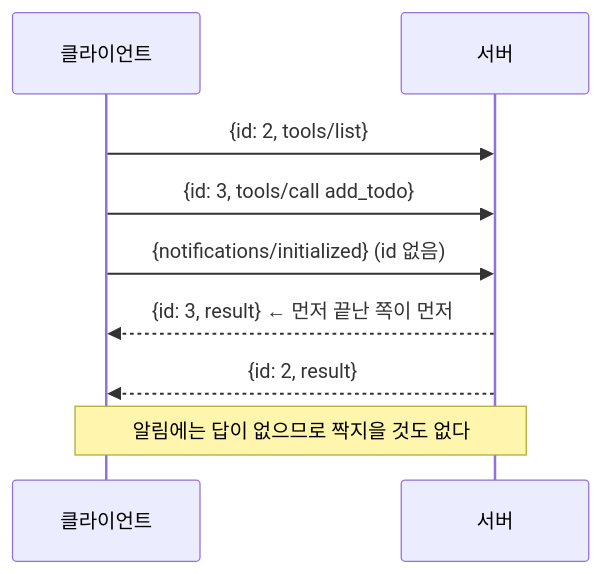
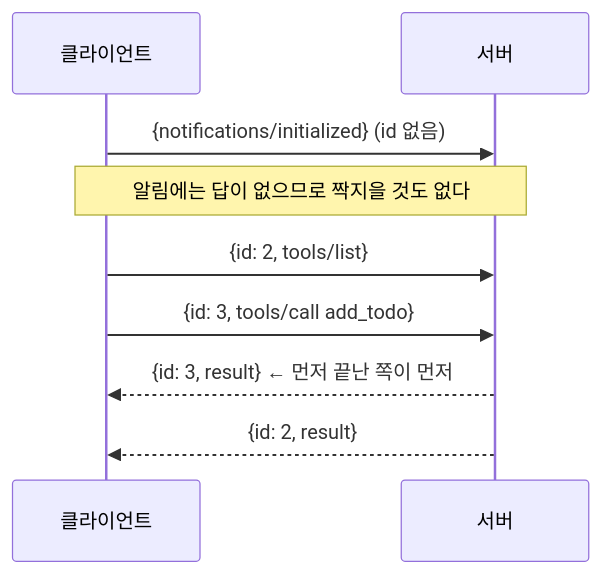
Before and after one commit to rojae/rojae.github.io: the second of 2 diagrams in _posts/2026-09-27-llm-stack-deep-dive-qna.md, drawn with Mermaid. The commit also changed other lines of this file and 55 other files, not shown here.

Commit message:
docs: 2026-09-25 이후 글 11편 개편 (SSE·LiteLLM·MCP·심화 문답·FluxGate·해외 본인인증·GLM·가비아 메일·설계 회고·zcode·Two Sum), 다이어그램·표·mermaid 모바일 가독성 공통 개선

````diff
--- a/_posts/2026-09-27-llm-stack-deep-dive-qna.md
+++ b/_posts/2026-09-27-llm-stack-deep-dive-qna.md
@@ -272,11 +245,11 @@
 ```mermaid
 sequenceDiagram
     participant C as 클라이언트
     participant S as 서버
+    C->>S: {notifications/initialized}  (id 없음)
+    Note over C,S: 알림에는 답이 없으므로 짝지을 것도 없다
     C->>S: {id: 2, tools/list}
     C->>S: {id: 3, tools/call add_todo}
-    C->>S: {notifications/initialized}  (id 없음)
     S-->>C: {id: 3, result}   ← 먼저 끝난 쪽이 먼저
     S-->>C: {id: 2, result}
-    Note over C,S: 알림에는 답이 없으므로 짝지을 것도 없다
 ```
````
